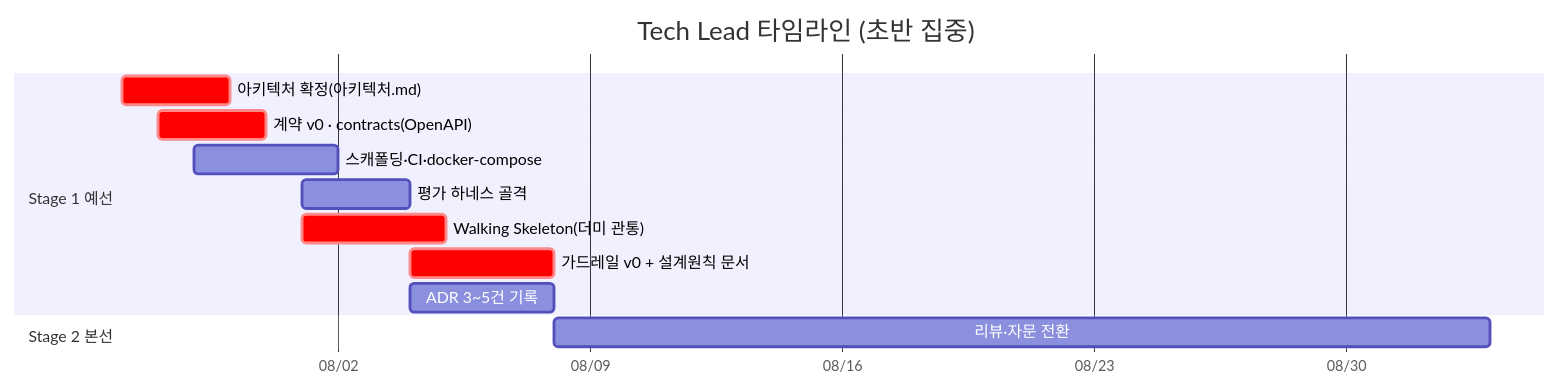
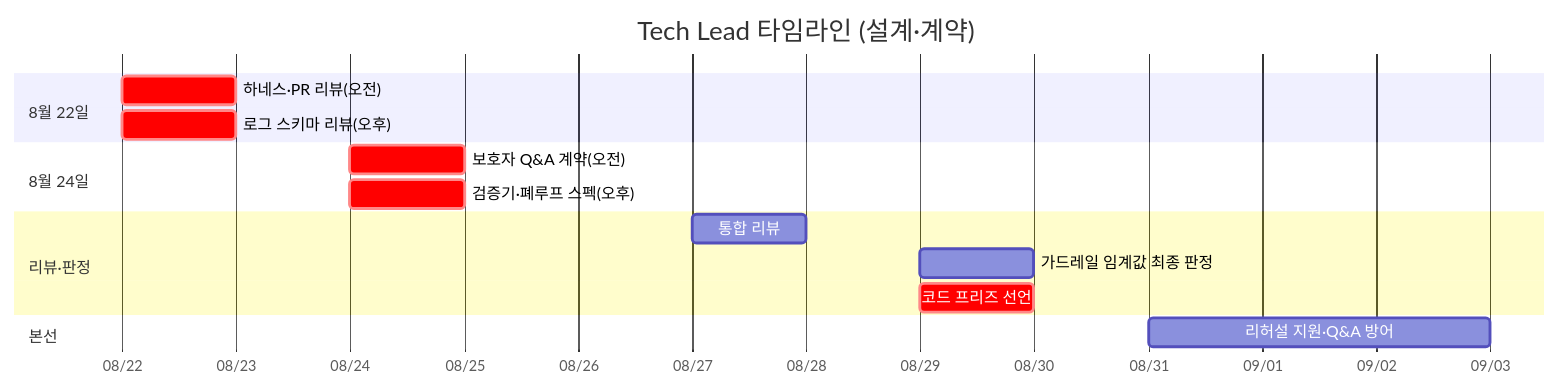
The diagram in docs/역할_일정/02-테크리드.md (team-savers/savers-project), drawn with Mermaid before and after one commit. The commit also changed other lines of this file and 31 other files, not shown here.

````diff
--- a/docs/역할_일정/02-테크리드.md
+++ b/docs/역할_일정/02-테크리드.md
@@ -8,16 +28,18 @@
 ```mermaid
 gantt
-    title Tech Lead 타임라인 (초반 집중)
+    title Tech Lead 타임라인 (설계·계약)
     dateFormat YYYY-MM-DD
     axisFormat %m/%d
-    section Stage 1 예선
-    아키텍처 확정(아키텍처.md) :crit, 2026-07-27, 3d
-    계약 v0 · contracts(OpenAPI)   :crit, 2026-07-28, 3d
-    스캐폴딩·CI·docker-compose      :2026-07-29, 4d
-    평가 하네스 골격               :2026-08-01, 3d
-    Walking Skeleton(더미 관통)     :crit, 2026-08-01, 4d
-    가드레일 v0 + 설계원칙 문서      :crit, 2026-08-04, 4d
-    ADR 3~5건 기록                 :2026-08-04, 4d
-    section Stage 2 본선
-    리뷰·자문 전환                 :2026-08-08, 26d
+    section 8월 22일
+    하네스·PR 리뷰(오전)       :crit, 2026-08-22, 1d
+    로그 스키마 리뷰(오후)     :crit, 2026-08-22, 1d
+    section 8월 24일
+    보호자 Q&A 계약(오전)      :crit, 2026-08-24, 1d
+    검증기·폐루프 스펙(오후)   :crit, 2026-08-24, 1d
+    section 리뷰·판정
+    통합 리뷰                :2026-08-27, 1d
+    가드레일 임계값 최종 판정  :2026-08-29, 1d
+    코드 프리즈 선언          :crit, 2026-08-29, 1d
+    section 본선
+    리허설 지원·Q&A 방어      :2026-08-31, 3d
 ```
````
